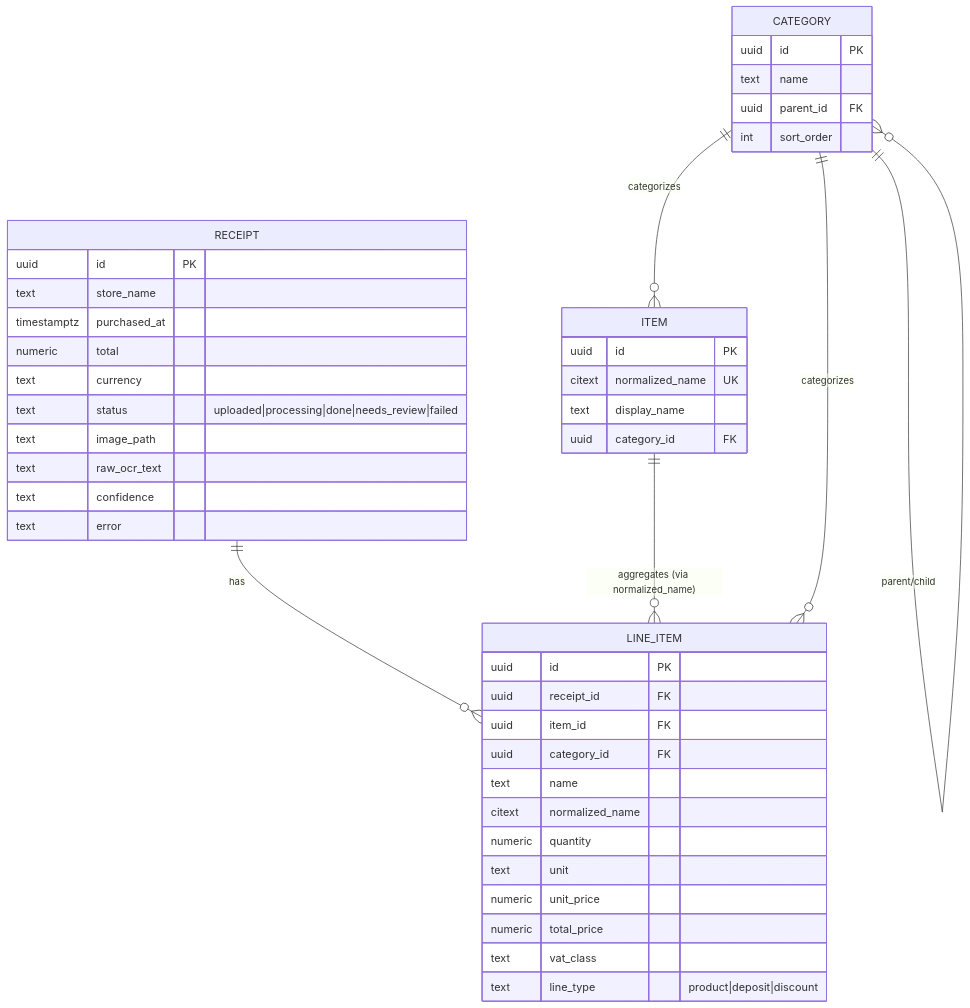
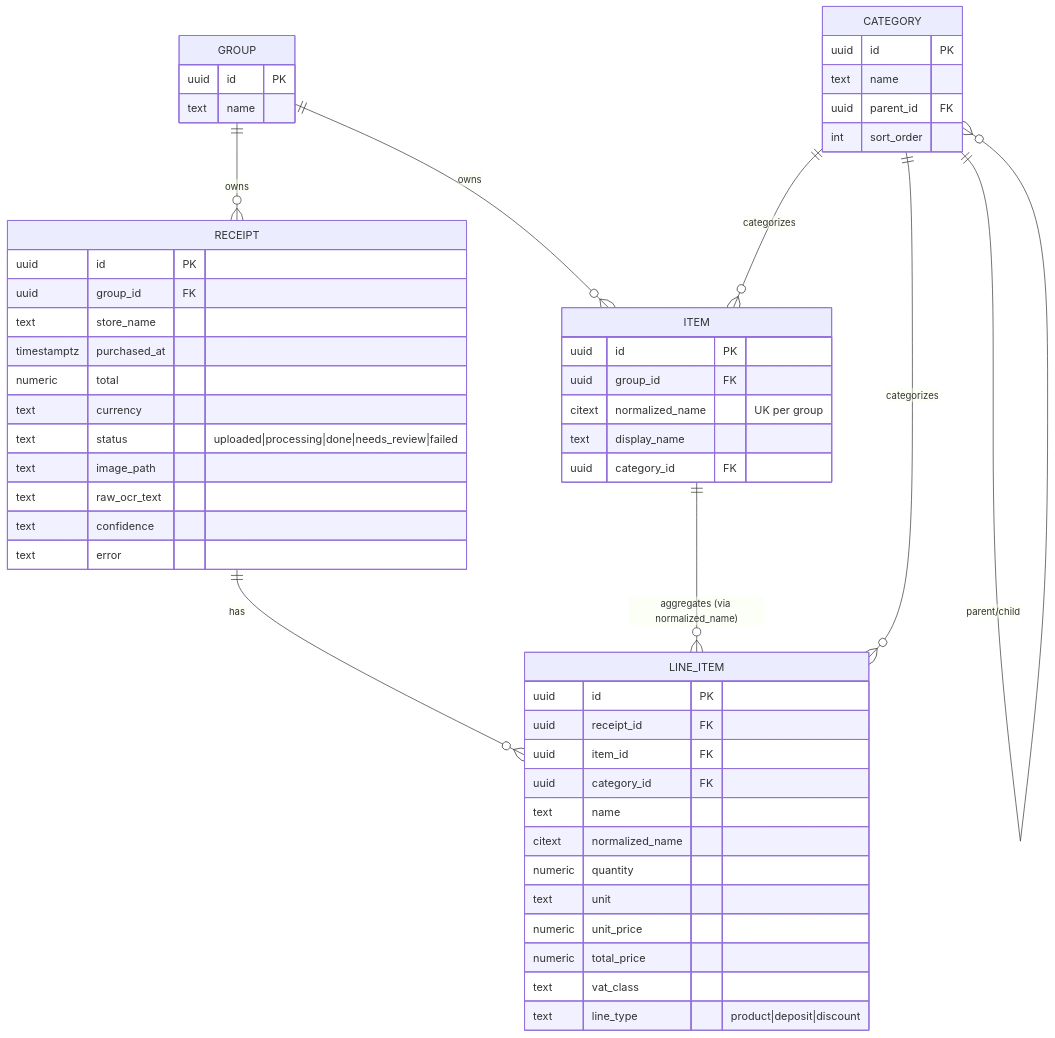
Before and after one commit to xcojonny/expense-diary: the first of 2 diagrams in docs/architecture.md, drawn with Mermaid. The commit also changed other lines of this file and 36 other files, not shown here.

````diff
--- a/docs/architecture.md
+++ b/docs/architecture.md
@@ -32,47 +36,55 @@
 ```mermaid
 erDiagram
+    GROUP   ||--o{ RECEIPT : owns
+    GROUP   ||--o{ ITEM : owns
     RECEIPT ||--o{ LINE_ITEM : has
     ITEM    ||--o{ LINE_ITEM : "aggregates (via normalized_name)"
     CATEGORY ||--o{ LINE_ITEM : categorizes
     CATEGORY ||--o{ ITEM : categorizes
     CATEGORY ||--o{ CATEGORY : "parent/child"
 
+    GROUP {
+        uuid id PK
+        text name
+    }
     RECEIPT {
         uuid id PK
+        uuid group_id FK
         text store_name
         timestamptz purchased_at
         numeric total
         text currency
         text status "uploaded|processing|done|needs_review|failed"
         text image_path
         text raw_ocr_text
         text confidence
         text error
     }
     LINE_ITEM {
         uuid id PK
         uuid receipt_id FK
         uuid item_id FK
         uuid category_id FK
         text name
         citext normalized_name
         numeric quantity
         text unit
         numeric unit_price
         numeric total_price
         text vat_class
         text line_type "product|deposit|discount"
     }
     ITEM {
         uuid id PK
-        citext normalized_name UK
+        uuid group_id FK
+        citext normalized_name "UK per group"
         text display_name
         uuid category_id FK
     }
     CATEGORY {
         uuid id PK
         text name
         uuid parent_id FK
         int sort_order
     }
 ```
````
